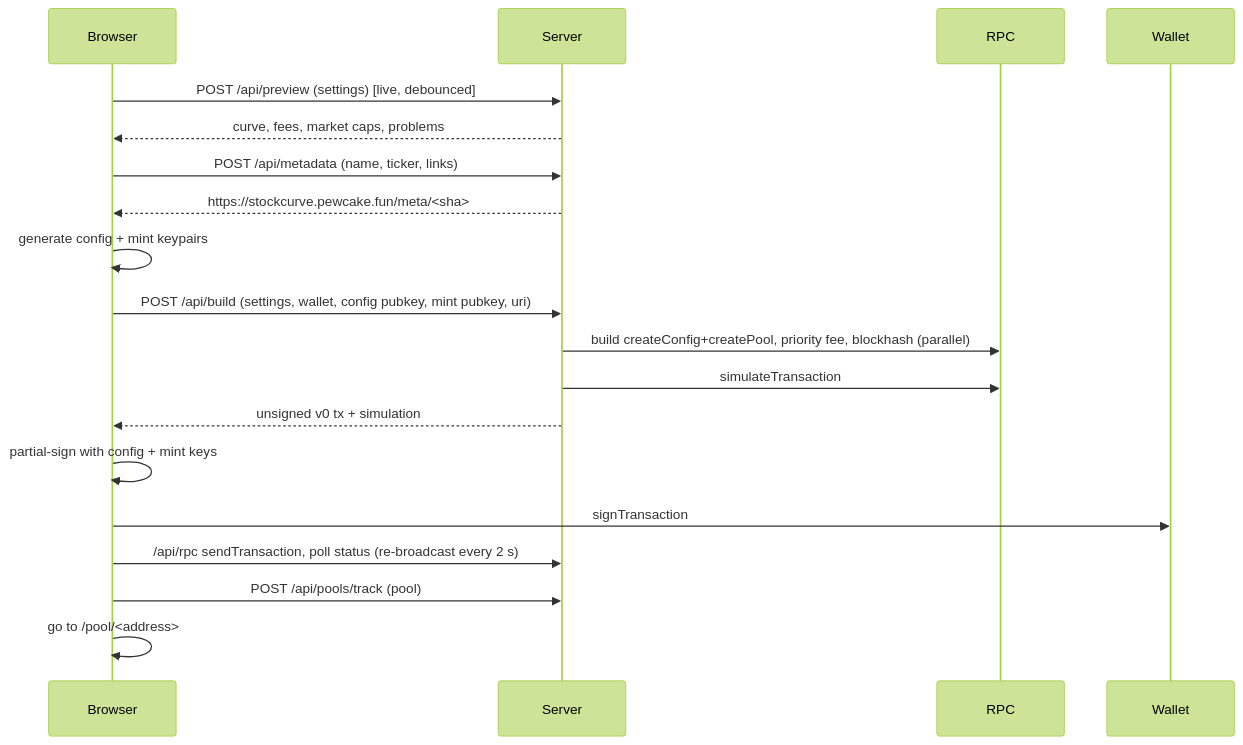
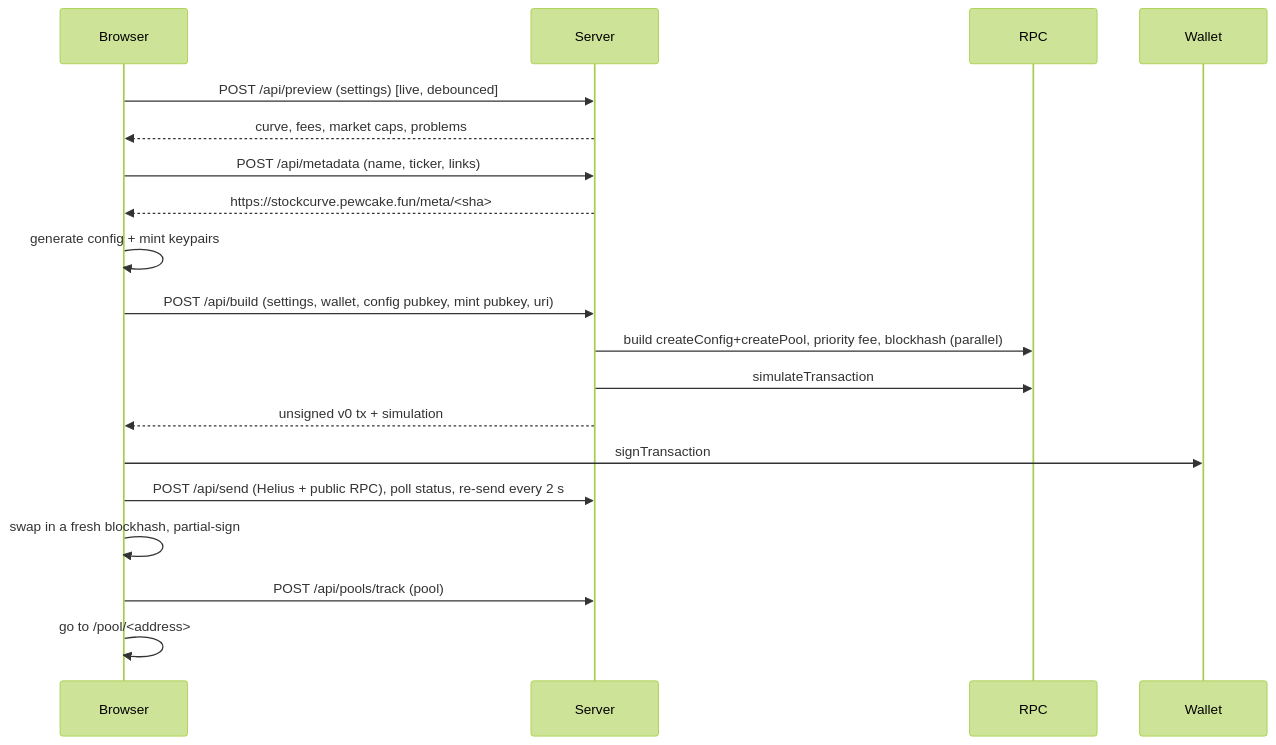
The second of 2 diagrams in docs/03-architecture.md (abilashblnair/stockcurve), drawn with Mermaid (forest theme) before and after one commit. The commit also changed other lines of this file and 10 other files, not shown here.

First line of the commit message:
Make transactions land: real priority fees, fresh blockhash, multi-RPC send

````diff
--- a/docs/03-architecture.md
+++ b/docs/03-architecture.md
@@ -71,21 +71,21 @@
 ```mermaid
 sequenceDiagram
   participant B as Browser
   participant S as Server
   participant R as RPC
   participant Wa as Wallet
   B->>S: POST /api/preview (settings) [live, debounced]
   S-->>B: curve, fees, market caps, problems
   B->>S: POST /api/metadata (name, ticker, links)
   S-->>B: https://stockcurve.pewcake.fun/meta/<sha>
   B->>B: generate config + mint keypairs
   B->>S: POST /api/build (settings, wallet, config pubkey, mint pubkey, uri)
   S->>R: build createConfig+createPool, priority fee, blockhash (parallel)
   S->>R: simulateTransaction
   S-->>B: unsigned v0 tx + simulation
-  B->>B: partial-sign with config + mint keys
   B->>Wa: signTransaction
-  B->>S: /api/rpc sendTransaction, poll status (re-broadcast every 2 s)
+  B->>S: POST /api/send (Helius + public RPC), poll status, re-send every 2 s
+  B->>B: swap in a fresh blockhash, partial-sign
   B->>S: POST /api/pools/track (pool)
   B->>B: go to /pool/<address>
 ```
````
